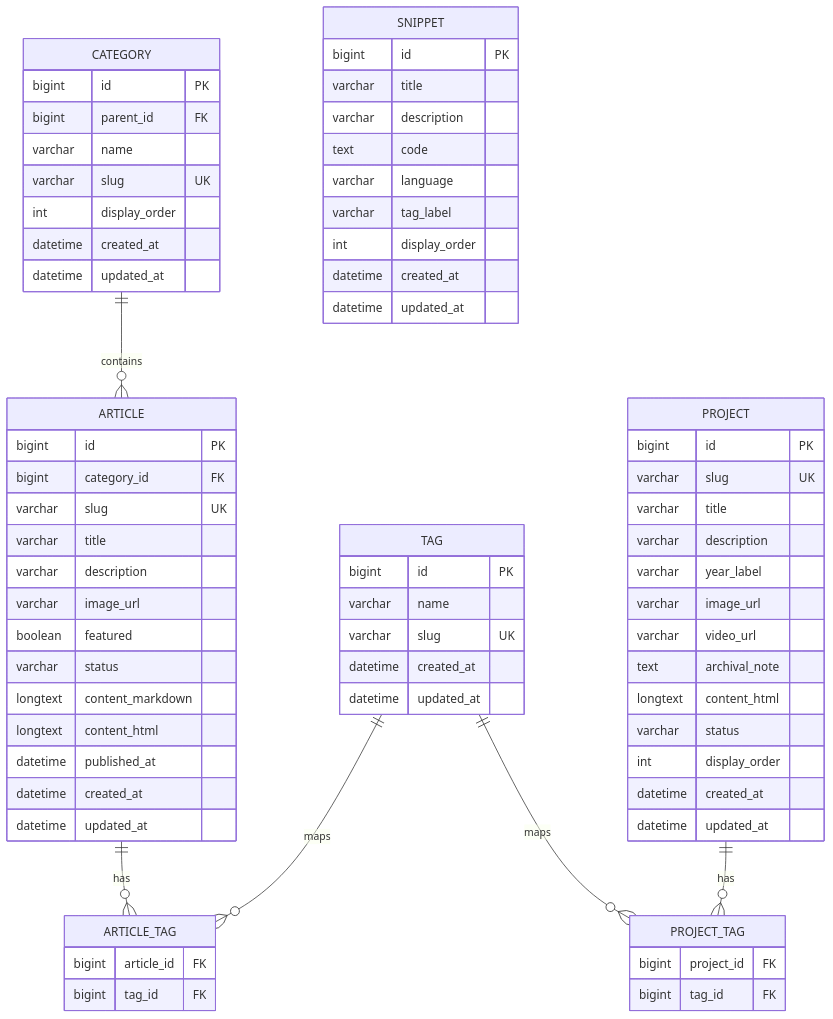
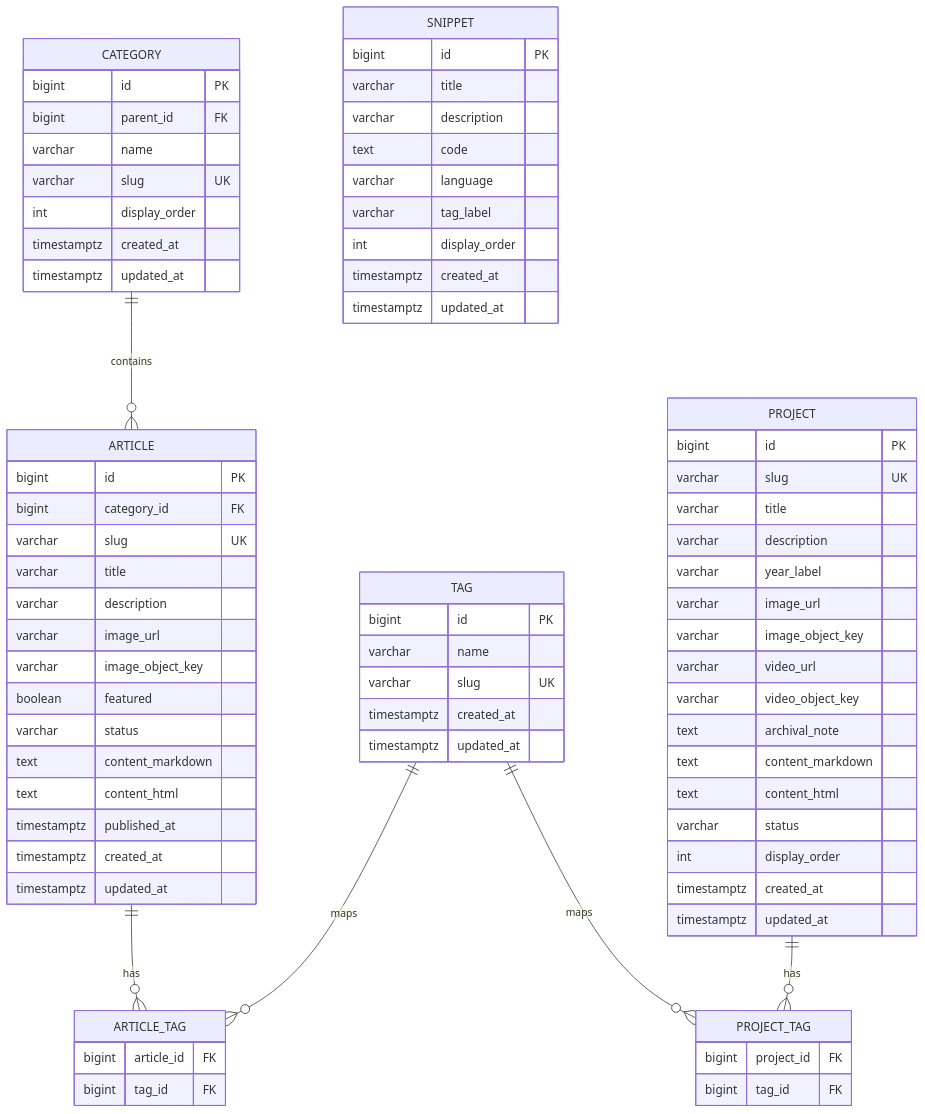
One commit to 2hnK/archive changed the diagram in docs/backend/01-erd.md. Above: the diagram before and after it, drawn with Mermaid. The commit also changed other lines of this file and 6 other files, not shown here.

````diff
--- a/docs/backend/01-erd.md
+++ b/docs/backend/01-erd.md
@@ -50,8 +50,8 @@
     varchar name
     varchar slug UK
     int display_order
-    datetime created_at
-    datetime updated_at
+    timestamptz created_at
+    timestamptz updated_at
   }
 
   ARTICLE {
@@ -61,21 +61,22 @@
     varchar title
     varchar description
     varchar image_url
+    varchar image_object_key
     boolean featured
     varchar status
-    longtext content_markdown
-    longtext content_html
-    datetime published_at
-    datetime created_at
-    datetime updated_at
+    text content_markdown
+    text content_html
+    timestamptz published_at
+    timestamptz created_at
+    timestamptz updated_at
   }
 
   TAG {
     bigint id PK
     varchar name
     varchar slug UK
-    datetime created_at
-    datetime updated_at
+    timestamptz created_at
+    timestamptz updated_at
   }
 
   ARTICLE_TAG {
@@ -90,13 +91,16 @@
     varchar description
     varchar year_label
     varchar image_url
+    varchar image_object_key
     varchar video_url
+    varchar video_object_key
     text archival_note
-    longtext content_html
+    text content_markdown
+    text content_html
     varchar status
     int display_order
-    datetime created_at
-    datetime updated_at
+    timestamptz created_at
+    timestamptz updated_at
   }
 
   PROJECT_TAG {
@@ -112,7 +116,7 @@
     varchar language
     varchar tag_label
     int display_order
-    datetime created_at
-    datetime updated_at
+    timestamptz created_at
+    timestamptz updated_at
   }
 ```
````
